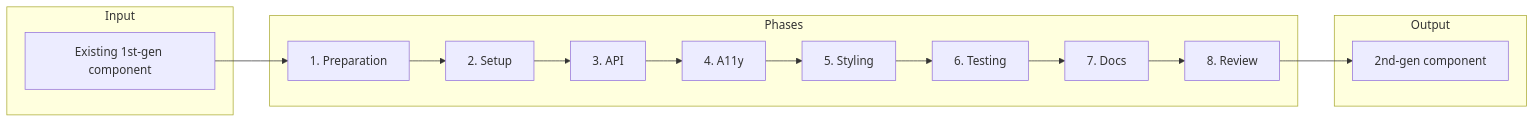
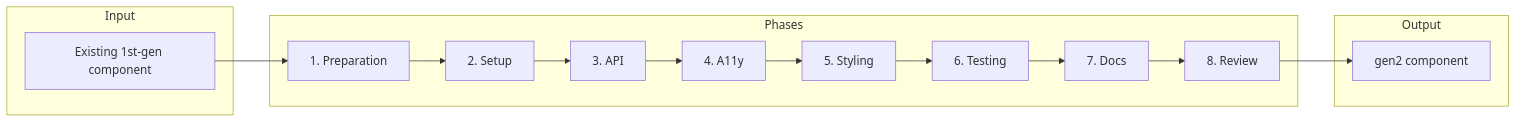
One commit to adobe/spectrum-web-components changed the diagram in CONTRIBUTOR-DOCS/03_project-planning/02_workstreams/02_2nd-gen-component-migration/02_step-by-step/01_washing-machine-workflow.md. Above: the diagram before and after it, drawn with Mermaid. The commit also changed other lines of this file and 276 other files, not shown here.

````diff
--- a/CONTRIBUTOR-DOCS/03_project-planning/02_workstreams/02_2nd-gen-component-migration/02_step-by-step/01_washing-machine-workflow.md
+++ b/CONTRIBUTOR-DOCS/03_project-planning/02_workstreams/02_2nd-gen-component-migration/02_step-by-step/01_washing-machine-workflow.md
@@ -135,20 +135,20 @@
 ```mermaid
 flowchart LR
     subgraph Input
         A[Existing 1st-gen component]
     end
     subgraph Phases
         B[1. Preparation]
         C[2. Setup]
         D[3. API]
         E[4. A11y]
         F[5. Styling]
         G[6. Testing]
         H[7. Docs]
         I[8. Review]
     end
     subgraph Output
-        J[2nd-gen component]
+        J[gen2 component]
     end
     A --> B --> C --> D --> E --> F --> G --> H --> I --> J
 ```
````
